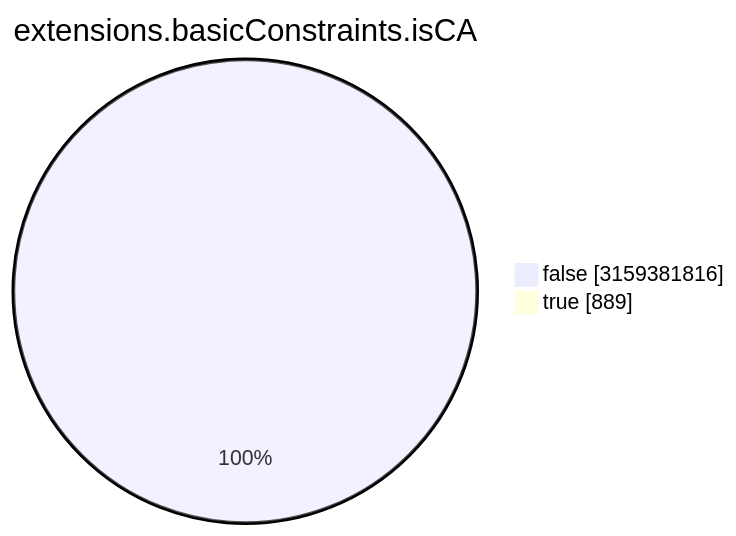
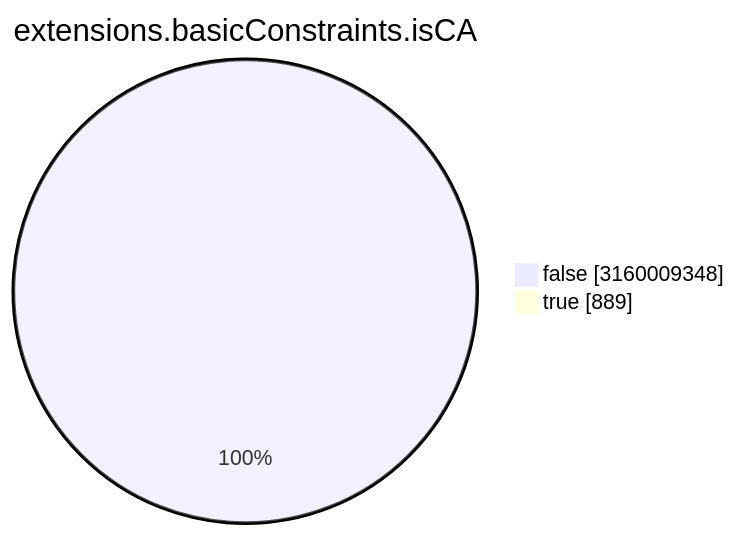
Before and after one commit to christiankrug/ctmonitor_visualization: the seventh of 15 diagrams in TOTAL/README.md, drawn with Mermaid. The commit also changed other lines of this file, not shown here.

````diff
--- a/TOTAL/README.md
+++ b/TOTAL/README.md
@@ -3088,6 +3088,6 @@
 ```mermaid
 pie showData
 title extensions.basicConstraints.isCA
-"false" :3159381816
+"false" :3160009348
 "true" :889
 ```
````
